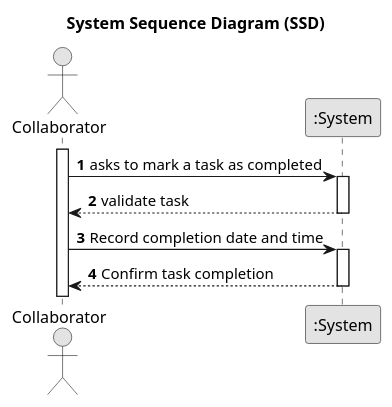
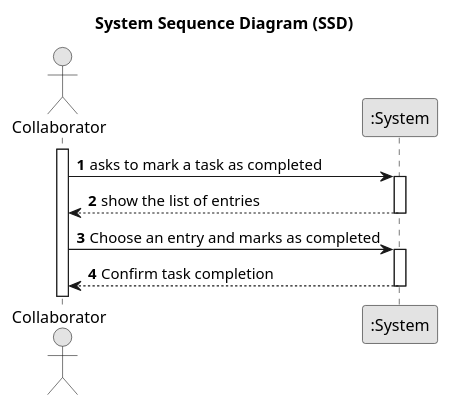
One commit to Departamento-de-Engenharia-Informatica/lei-24-s2-1do-g164 changed the diagram in docs/sprintC/us029/01.requirements-engineering/puml/us008-system-sequence-diagram.puml. Above: the diagram before and after it, drawn with PlantUML.

Commit message:
Update us008-system-sequence-diagram.puml
US029(docs):~SSD changes

```diff
--- a/docs/sprintC/us029/01.requirements-engineering/puml/us008-system-sequence-diagram.puml
+++ b/docs/sprintC/us029/01.requirements-engineering/puml/us008-system-sequence-diagram.puml
@@ -1,28 +1,28 @@
 @startuml
 skinparam monochrome true
 skinparam packageStyle rectangle
 skinparam shadowing false
 
 title System Sequence Diagram (SSD)
 
 autonumber
 
 actor "Collaborator" as Employee
 participant ":System" as System
 
 activate Employee
 
     Employee -> System : asks to mark a task as completed
     activate System
 
-        System --> Employee : validate task
+        System --> Employee : show the list of entries
     deactivate System
 
-        Employee -> System : Record completion date and time
+        Employee -> System : Choose an entry and marks as completed 
         activate System
 
             System --> Employee :Confirm task completion
         deactivate System
 
 
 @enduml
```
